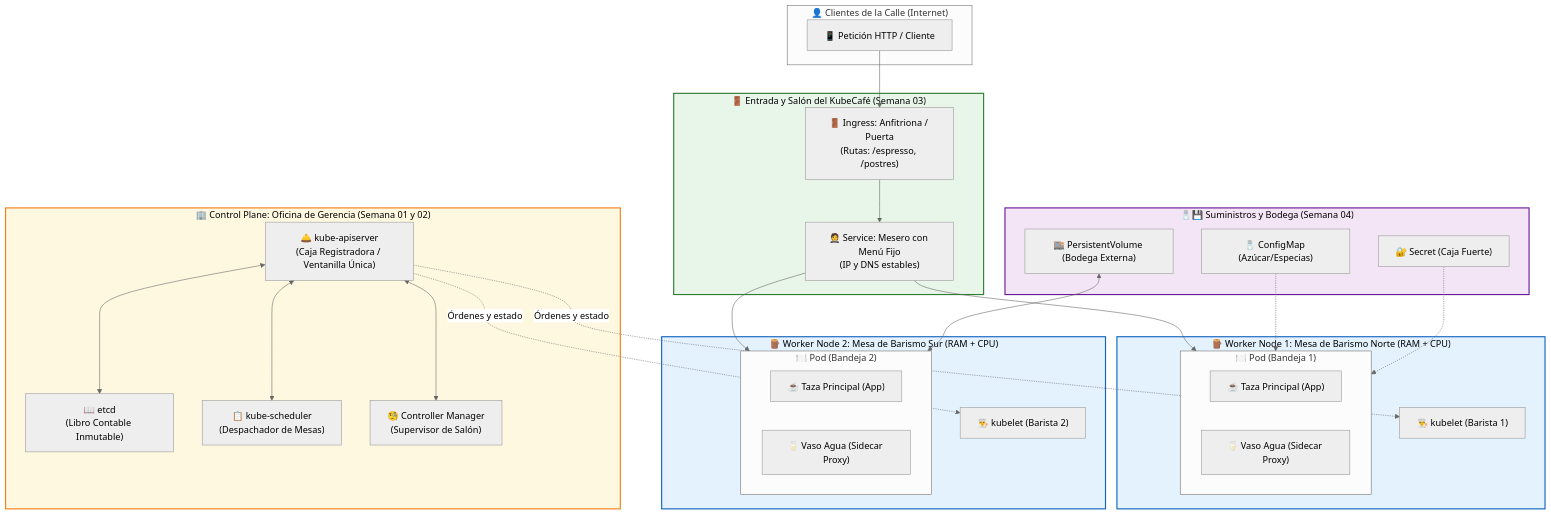
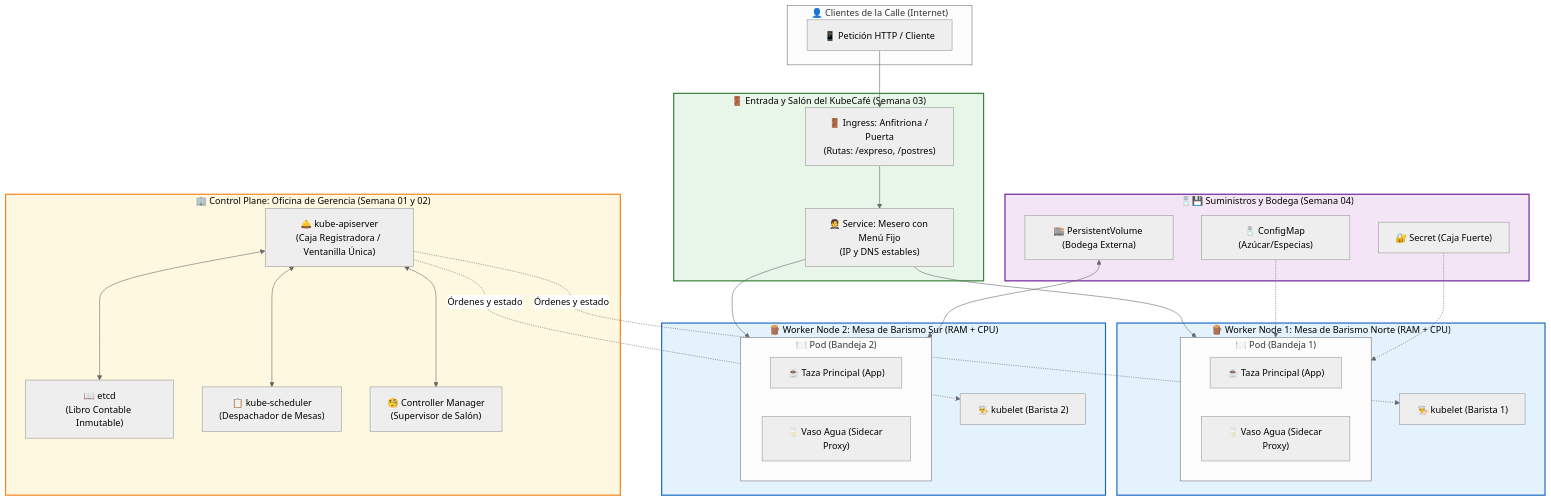
The first of 3 diagrams in recursos/de-un-tinto-a-kubernetes.md (Camilogigom/Fundamentos-Kubernetes), drawn with Mermaid (neutral theme) before and after one commit. The commit also changed other lines of this file and 6 other files, not shown here.

````diff
--- a/recursos/de-un-tinto-a-kubernetes.md
+++ b/recursos/de-un-tinto-a-kubernetes.md
@@ -64,60 +64,60 @@
 ```mermaid
 flowchart TD
     subgraph ClienteExterno["👤 Clientes de la Calle (Internet)"]
         Req["📱 Petición HTTP / Cliente"]
     end
 
     subgraph Entrada["🚪 Entrada y Salón del KubeCafé (Semana 03)"]
-        Ingress["🚪 Ingress: Anfitriona / Puerta\n(Rutas: /espresso, /postres)"]
+        Ingress["🚪 Ingress: Anfitriona / Puerta\n(Rutas: /expreso, /postres)"]
         Service["🤵 Service: Mesero con Menú Fijo\n(IP y DNS estables)"]
     end
 
     subgraph Gerencia["🏢 Control Plane: Oficina de Gerencia (Semana 01 y 02)"]
         APIServer["🛎️ kube-apiserver\n(Caja Registradora / Ventanilla Única)"]
         ETCD["📖 etcd\n(Libro Contable Inmutable)"]
         Scheduler["📋 kube-scheduler\n(Despachador de Mesas)"]
         Controller["🧐 Controller Manager\n(Supervisor de Salón)"]
 
         APIServer <--> ETCD
         APIServer <--> Scheduler
         APIServer <--> Controller
     end
 
     subgraph Mesa1["🪵 Worker Node 1: Mesa de Barismo Norte (RAM + CPU)"]
         Kubelet1["👨‍🍳 kubelet (Barista 1)"]
         subgraph PodA["🍽️ Pod (Bandeja 1)"]
             TazaA["☕ Taza Principal (App)"]
             AguaA["🥛 Vaso Agua (Sidecar Proxy)"]
         end
     end
 
     subgraph Mesa2["🪵 Worker Node 2: Mesa de Barismo Sur (RAM + CPU)"]
         Kubelet2["👨‍🍳 kubelet (Barista 2)"]
         subgraph PodB["🍽️ Pod (Bandeja 2)"]
             TazaB["☕ Taza Principal (App)"]
             AguaB["🥛 Vaso Agua (Sidecar Proxy)"]
         end
     end
 
     subgraph Almacen["🧂💾 Suministros y Bodega (Semana 04)"]
         CM["🧂 ConfigMap (Azúcar/Especias)"]
         SEC["🔐 Secret (Caja Fuerte)"]
         PV["🏬 PersistentVolume (Bodega Externa)"]
     end
 
     Req --> Ingress
     Ingress --> Service
     Service --> PodA
     Service --> PodB
     APIServer -.->|"Órdenes y estado"| Kubelet1
     APIServer -.->|"Órdenes y estado"| Kubelet2
     CM -.-> PodA
     SEC -.-> PodA
     PV <--> PodB
 
     style Gerencia fill:#fff8e1,stroke:#f57f17,stroke-width:2px,color:#000
     style Entrada fill:#e8f5e9,stroke:#2e7d32,stroke-width:2px,color:#000
     style Mesa1 fill:#e3f2fd,stroke:#1565c0,stroke-width:2px,color:#000
     style Mesa2 fill:#e3f2fd,stroke:#1565c0,stroke-width:2px,color:#000
     style Almacen fill:#f3e5f5,stroke:#6a1b9a,stroke-width:2px,color:#000
 ```
````
